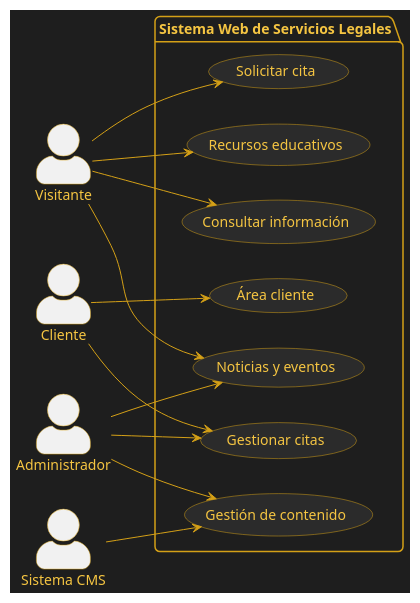
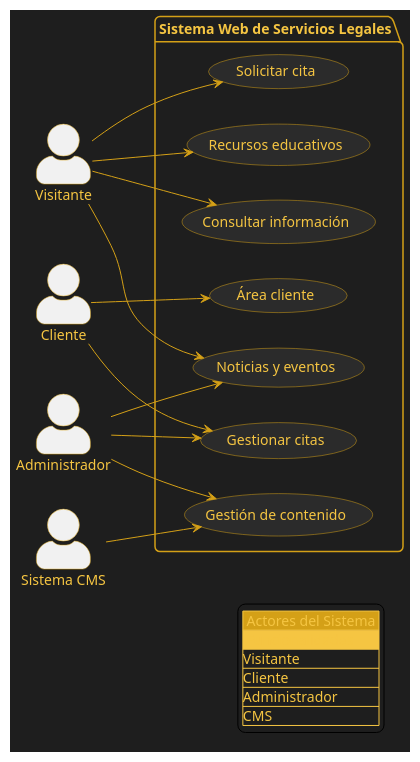
The diagram in UML/casos-de-uso/servicios_legales.puml (OscarBuildsBv/SYS_CANDIDATO_DOC), drawn with PlantUML before and after one commit. The commit also changed other lines of this file and 4 other files, not shown here.

```diff
--- a/UML/casos-de-uso/servicios_legales.puml
+++ b/UML/casos-de-uso/servicios_legales.puml
@@ -1,62 +1,71 @@
 @startuml
 
 skinparam backgroundColor #1E1E1E
 skinparam packageStyle folder
 skinparam shadowing false
 skinparam actorStyle awesome
 
 skinparam package {
     BackgroundColor #1E1E1E
     BorderColor #D4A017
     RoundCorner 10
 }
 
 skinparam usecase {
     BackgroundColor #2B2B2B
     BorderColor #D4A017
     FontColor #F5C542
     ArrowColor #D4A017
 }
 
 skinparam actor {
     FontColor #F5C542
     BorderColor #D4A017
 }
 
 skinparam ArrowColor #D4A017
 skinparam defaultFontColor #F5C542
 
 left to right direction
 
 actor Visitante
 actor Cliente
 actor Administrador
 actor "Sistema CMS" as CMS
 
 package "Sistema Web de Servicios Legales" {
 
   (Consultar información) as UC1
   (Solicitar cita) as UC2
   (Gestionar citas) as UC3
   (Área cliente) as UC4
   (Recursos educativos) as UC5
   (Noticias y eventos) as UC6
   (Gestión de contenido) as UC7
 
 }
 
 Visitante --> UC1
 Visitante --> UC2
 Visitante --> UC5
 Visitante --> UC6
 
 Cliente --> UC3
 Cliente --> UC4
 
 Administrador --> UC3
 Administrador --> UC7
 Administrador --> UC6
 
 CMS --> UC7
 
+legend right
+  |<#D4A017> Actores del Sistema |
+  |<#F5C542> Funcionalidades |
+  |Visitante| Acceso público |
+  |Cliente| Acceso registrado |
+  |Administrador| Control total |
+  |CMS| Gestión de contenido |
+endlegend
+
 @enduml
```
